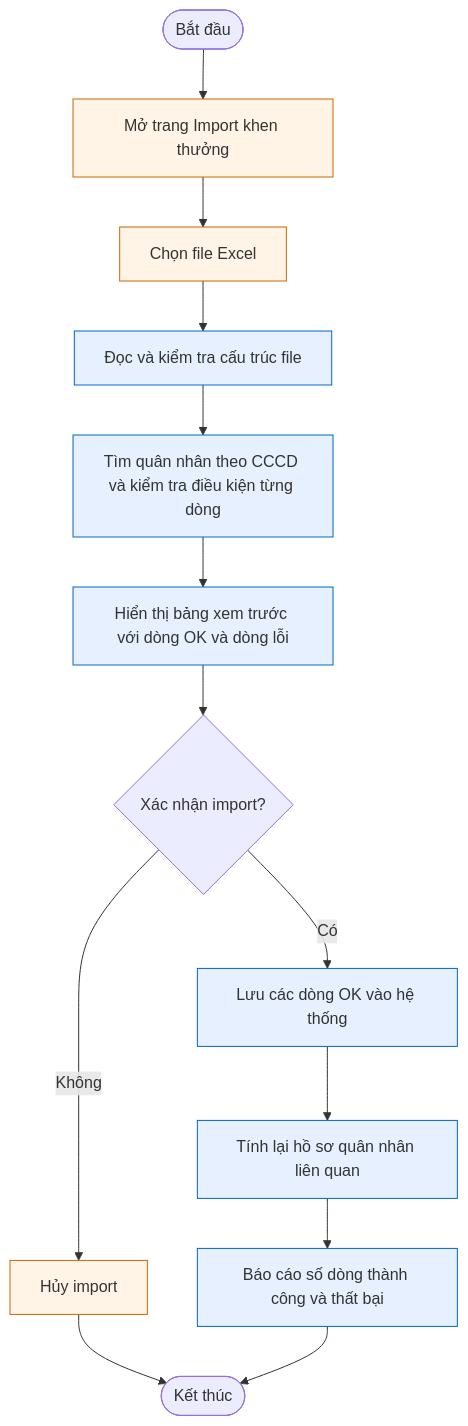
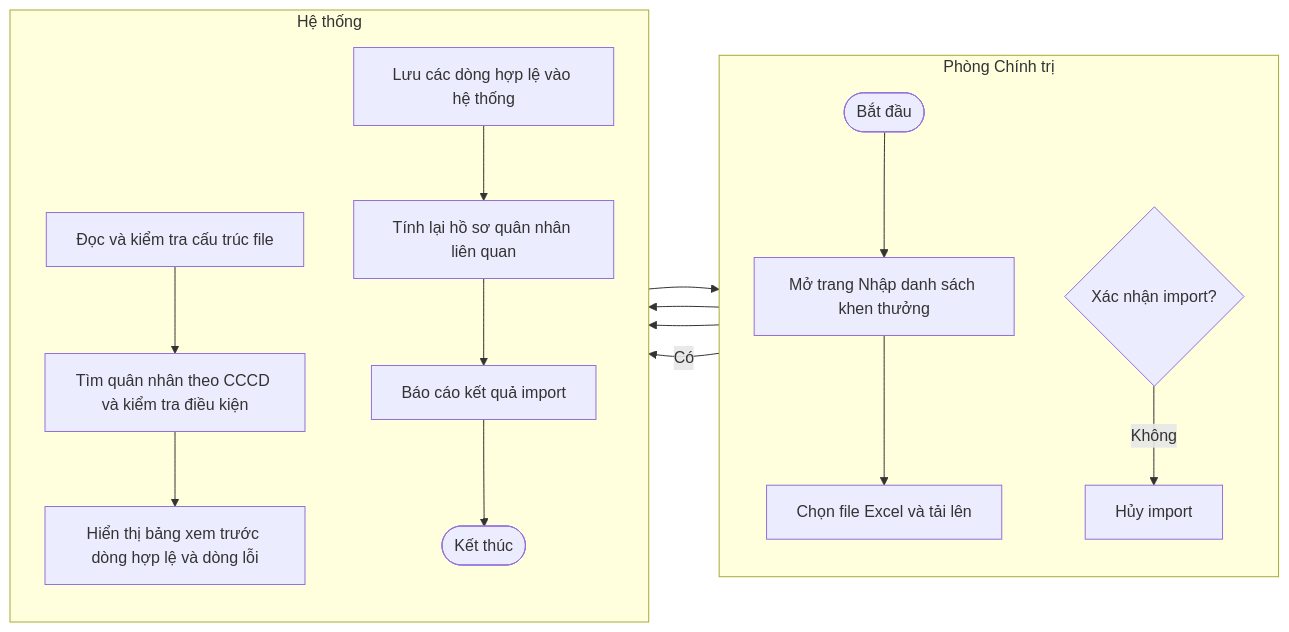
The third of 8 diagrams in docs/diagrams/02-activity.md (tranducbk/DATN_PM_QLKT), drawn with Mermaid before and after one commit. The commit also changed other lines of this file and 29 other files, not shown here.

First line of the commit message:
Update CLAUDE.md with additional validation rules and introduce new database schema

````diff
--- a/docs/diagrams/02-activity.md
+++ b/docs/diagrams/02-activity.md
@@ -63,24 +64,25 @@
 ```mermaid
-flowchart TD
-    Start([Bắt đầu])
-    A1[Mở trang Import khen thưởng]
-    A2[Chọn file Excel]
-    S1[Đọc và kiểm tra cấu trúc file]
-    S2[Tìm quân nhân theo CCCD và kiểm tra điều kiện từng dòng]
-    S3[Hiển thị bảng xem trước với dòng OK và dòng lỗi]
-    D1{Xác nhận import?}
-    A3[Hủy import]
-    S4[Lưu các dòng OK vào hệ thống]
-    S5[Tính lại hồ sơ quân nhân liên quan]
-    S6[Báo cáo số dòng thành công và thất bại]
-    End([Kết thúc])
+flowchart LR
+    subgraph PCT["Phòng Chính trị"]
+        direction TB
+        Start([Bắt đầu])
+        A1[Mở trang Nhập danh sách khen thưởng]
+        A2[Chọn file Excel và tải lên]
+        D1{Xác nhận import?}
+        A3[Hủy import]
+    end
+    subgraph HeTHong["Hệ thống"]
+        direction TB
+        S1[Đọc và kiểm tra cấu trúc file]
+        S2[Tìm quân nhân theo CCCD và kiểm tra điều kiện]
+        S3[Hiển thị bảng xem trước dòng hợp lệ và dòng lỗi]
+        S4[Lưu các dòng hợp lệ vào hệ thống]
+        S5[Tính lại hồ sơ quân nhân liên quan]
+        S6[Báo cáo kết quả import]
+        End([Kết thúc])
+    end
 
     Start --> A1 --> A2 --> S1 --> S2 --> S3 --> D1
     D1 -- Không --> A3 --> End
     D1 -- Có --> S4 --> S5 --> S6 --> End
-
-    classDef actor fill:#fff4e6,stroke:#cc6600
-    classDef system fill:#e6f0ff,stroke:#0066cc
-    class A1,A2,A3 actor
-    class S1,S2,S3,S4,S5,S6 system
 ```
````
